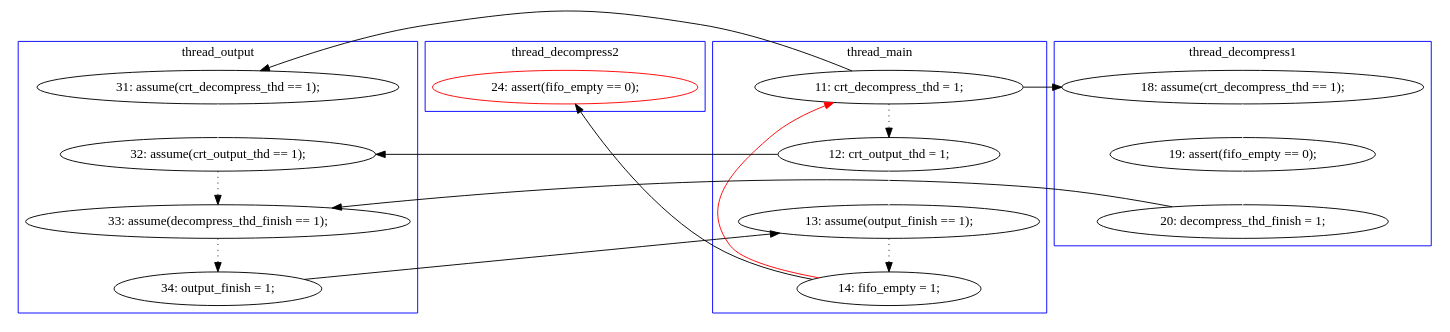
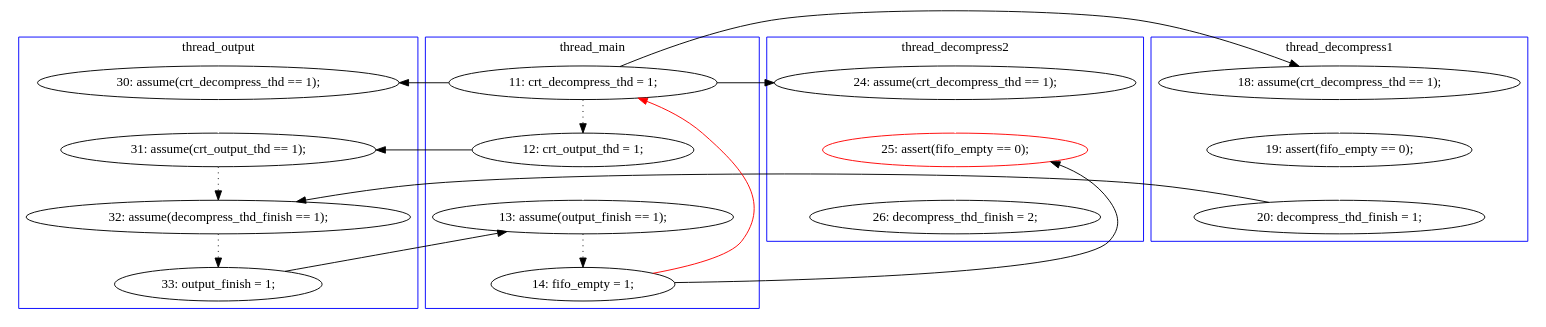
One commit to hylhp/cav14-model changed the diagram in pbzip2.mixed/B-1-graph-sol-2.dot. Above: the diagram before and after it, drawn with Graphviz. The commit also changed 23 other files, not shown here.

```diff
--- a/pbzip2.mixed/B-1-graph-sol-2.dot
+++ b/pbzip2.mixed/B-1-graph-sol-2.dot
@@ -1,45 +1,50 @@
 digraph Counterexample {
-	12 -> 14 [color = white, style = solid]
-	20 -> 23 [color = black, style = solid, constraint = false]
-	25 -> 32 [color = black, style = solid, constraint = false]
-	23 -> 25 [color = black, style = dotted]
-	16 -> 17 [color = white, style = solid]
-	9 -> 10 [color = black, style = dotted]
+	25 -> 28 [color = white, style = solid]
+	20 -> 21 [color = black, style = solid, constraint = false]
+	11 -> 17 [color = white, style = solid]
+	12 -> 17 [color = black, style = solid, constraint = false]
+	9 -> 11 [color = black, style = solid, constraint = false]
+	16 -> 18 [color = white, style = solid]
+	14 -> 16 [color = white, style = solid]
 	19 -> 20 [color = black, style = dotted]
-	15 -> 16 [color = white, style = solid]
-	25 -> 9 [color = red, style = solid, constraint = false]
-	17 -> 19 [color = black, style = solid, constraint = false]
-	10 -> 23 [color = white, style = solid]
-	9 -> 12 [color = black, style = solid, constraint = false]
-	10 -> 14 [color = black, style = solid, constraint = false]
-	14 -> 19 [color = black, style = dotted]
-	9 -> 15 [color = black, style = solid, constraint = false]
+	9 -> 12 [color = black, style = dotted]
+	23 -> 25 [color = white, style = solid]
+	9 -> 23 [color = black, style = solid, constraint = false]
+	9 -> 14 [color = black, style = solid, constraint = false]
+	21 -> 22 [color = black, style = dotted]
+	12 -> 21 [color = white, style = solid]
+	22 -> 25 [color = black, style = solid, constraint = false]
+	18 -> 19 [color = black, style = solid, constraint = false]
+	17 -> 19 [color = black, style = dotted]
+	22 -> 9 [color = red, style = solid, constraint = false]
+	subgraph cluster2 {
+		label = thread_decompress1
+		color = blue
+		18  [label = "20: decompress_thd_finish = 1;"]
+		14  [label = "18: assume(crt_decompress_thd == 1);"]
+		16  [label = "19: assert(fifo_empty == 0);"]
+	}
 	subgraph cluster3 {
 		label = thread_decompress2
 		color = blue
-		32  [label = "24: assert(fifo_empty == 0);", color = red]
+		23  [label = "24: assume(crt_decompress_thd == 1);"]
+		25  [label = "25: assert(fifo_empty == 0);", color = red]
+		28  [label = "26: decompress_thd_finish = 2;"]
+	}
+	subgraph cluster4 {
+		label = thread_output
+		color = blue
+		19  [label = "32: assume(decompress_thd_finish == 1);"]
+		17  [label = "31: assume(crt_output_thd == 1);"]
+		11  [label = "30: assume(crt_decompress_thd == 1);"]
+		20  [label = "33: output_finish = 1;"]
 	}
 	subgraph cluster1 {
 		label = thread_main
 		color = blue
-		23  [label = "13: assume(output_finish == 1);"]
+		21  [label = "13: assume(output_finish == 1);"]
+		22  [label = "14: fifo_empty = 1;"]
 		9  [label = "11: crt_decompress_thd = 1;"]
-		10  [label = "12: crt_output_thd = 1;"]
-		25  [label = "14: fifo_empty = 1;"]
-	}
-	subgraph cluster2 {
-		label = thread_decompress1
-		color = blue
-		15  [label = "18: assume(crt_decompress_thd == 1);"]
-		16  [label = "19: assert(fifo_empty == 0);"]
-		17  [label = "20: decompress_thd_finish = 1;"]
-	}
-	subgraph cluster4 {
-		label = thread_output
-		color = blue
-		14  [label = "32: assume(crt_output_thd == 1);"]
-		19  [label = "33: assume(decompress_thd_finish == 1);"]
-		20  [label = "34: output_finish = 1;"]
-		12  [label = "31: assume(crt_decompress_thd == 1);"]
+		12  [label = "12: crt_output_thd = 1;"]
 	}
 }
```
